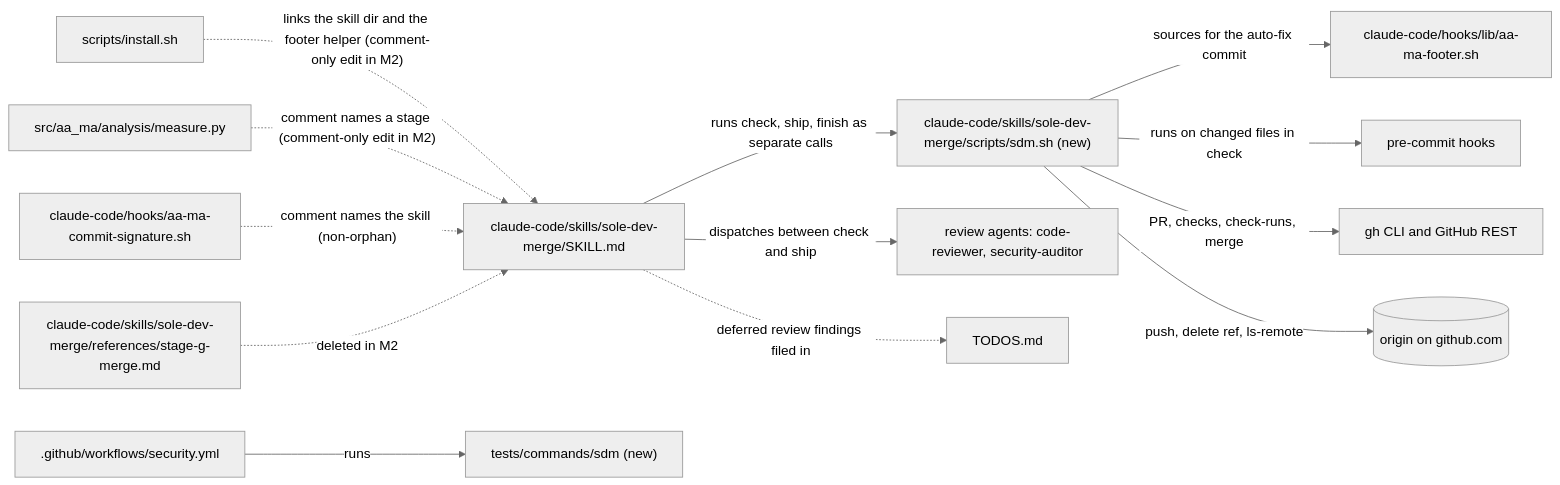
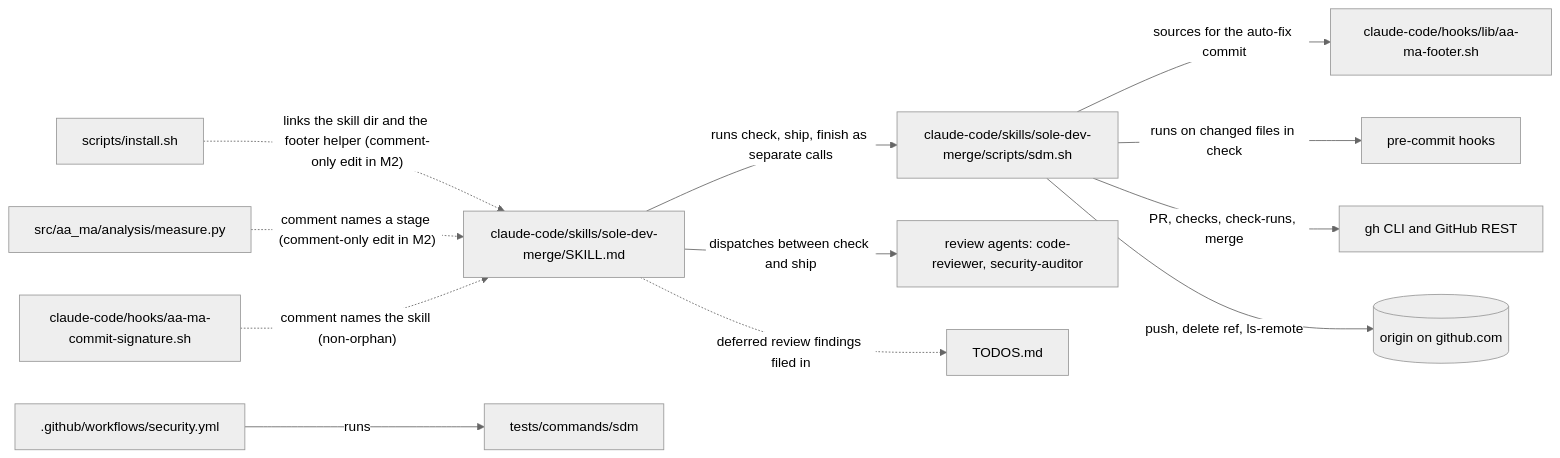
The first of 3 diagrams in .claude/dev/active/sole-dev-merge-simplify/sole-dev-merge-simplify-plan.md (snewhouse/aa-ma-forge), drawn with Mermaid (neutral theme) before and after one commit. The commit also changed other lines of this file and 36 other files, not shown here.

First line of the commit message:
refactor(sole-dev-merge): switch the skill to sdm.sh; delete the stage blocks and their tests

````diff
--- a/.claude/dev/active/sole-dev-merge-simplify/sole-dev-merge-simplify-plan.md
+++ b/.claude/dev/active/sole-dev-merge-simplify/sole-dev-merge-simplify-plan.md
@@ -306,29 +307,27 @@
 ```mermaid
 flowchart LR
   SK["claude-code/skills/sole-dev-merge/SKILL.md"]
-  SD["claude-code/skills/sole-dev-merge/scripts/sdm.sh (new)"]
+  SD["claude-code/skills/sole-dev-merge/scripts/sdm.sh"]
   FT["claude-code/hooks/lib/aa-ma-footer.sh"]
   SIG["claude-code/hooks/aa-ma-commit-signature.sh"]
   PC["pre-commit hooks"]
   AG["review agents: code-reviewer, security-auditor"]
-  TS["tests/commands/sdm (new)"]
+  TS["tests/commands/sdm"]
   CI[".github/workflows/security.yml"]
-  OLD["claude-code/skills/sole-dev-merge/references/stage-g-merge.md"]
   GH["gh CLI and GitHub REST"]
   REM[("origin on github.com")]
   TD["TODOS.md"]
   MS["src/aa_ma/analysis/measure.py"]
   INS["scripts/install.sh"]
   INS -.->|"links the skill dir and the footer helper (comment-only edit in M2)"| SK
   SK -->|"runs check, ship, finish as separate calls"| SD
   MS -.->|"comment names a stage (comment-only edit in M2)"| SK
   SK -->|"dispatches between check and ship"| AG
   SD -->|"sources for the auto-fix commit"| FT
   SD -->|"runs on changed files in check"| PC
   SD -->|"PR, checks, check-runs, merge"| GH
   SD -->|"push, delete ref, ls-remote"| REM
   CI -->|"runs"| TS
   SIG -.->|"comment names the skill (non-orphan)"| SK
-  OLD -.->|"deleted in M2"| SK
   SK -.->|"deferred review findings filed in"| TD
 ```
````
